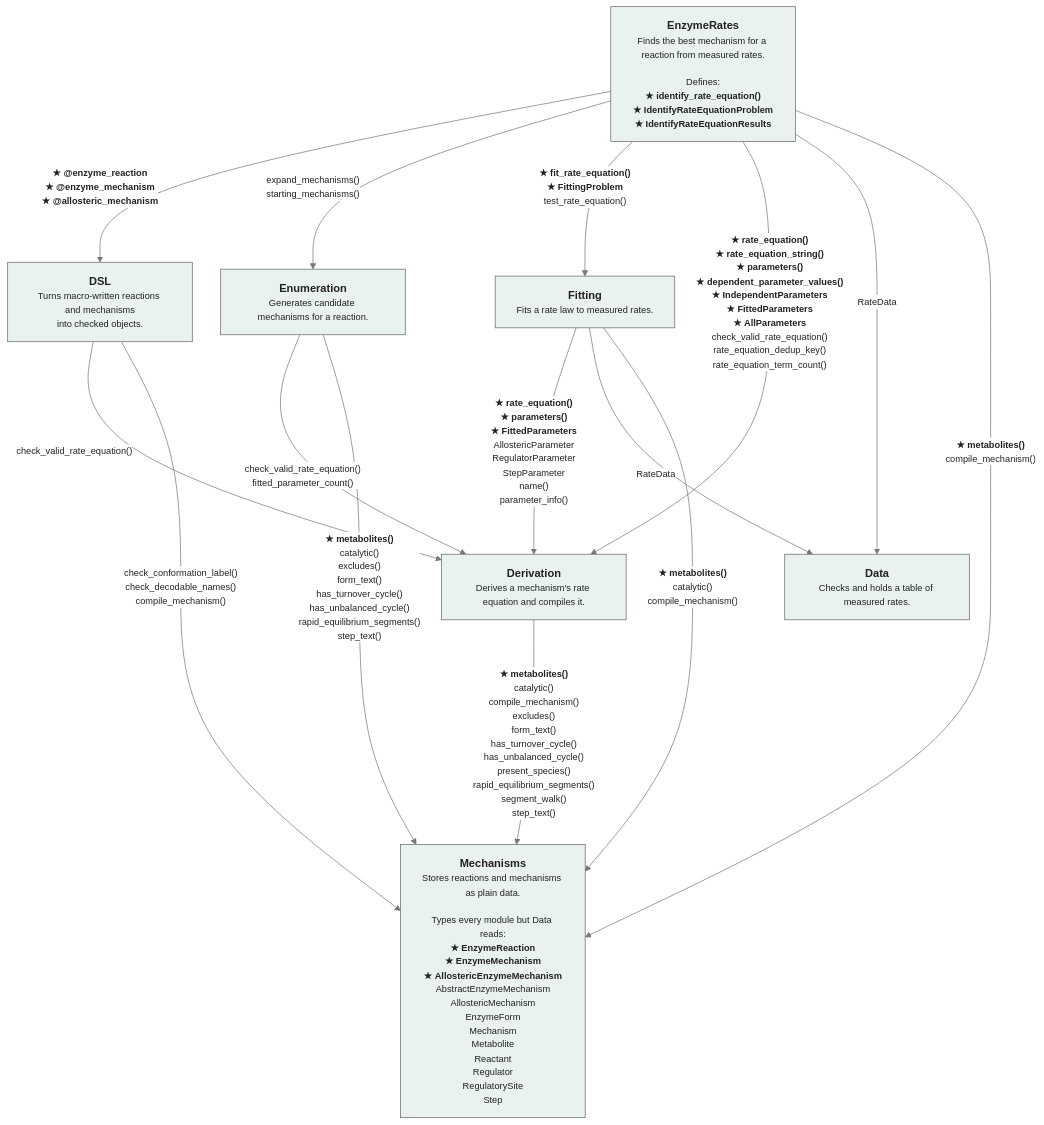
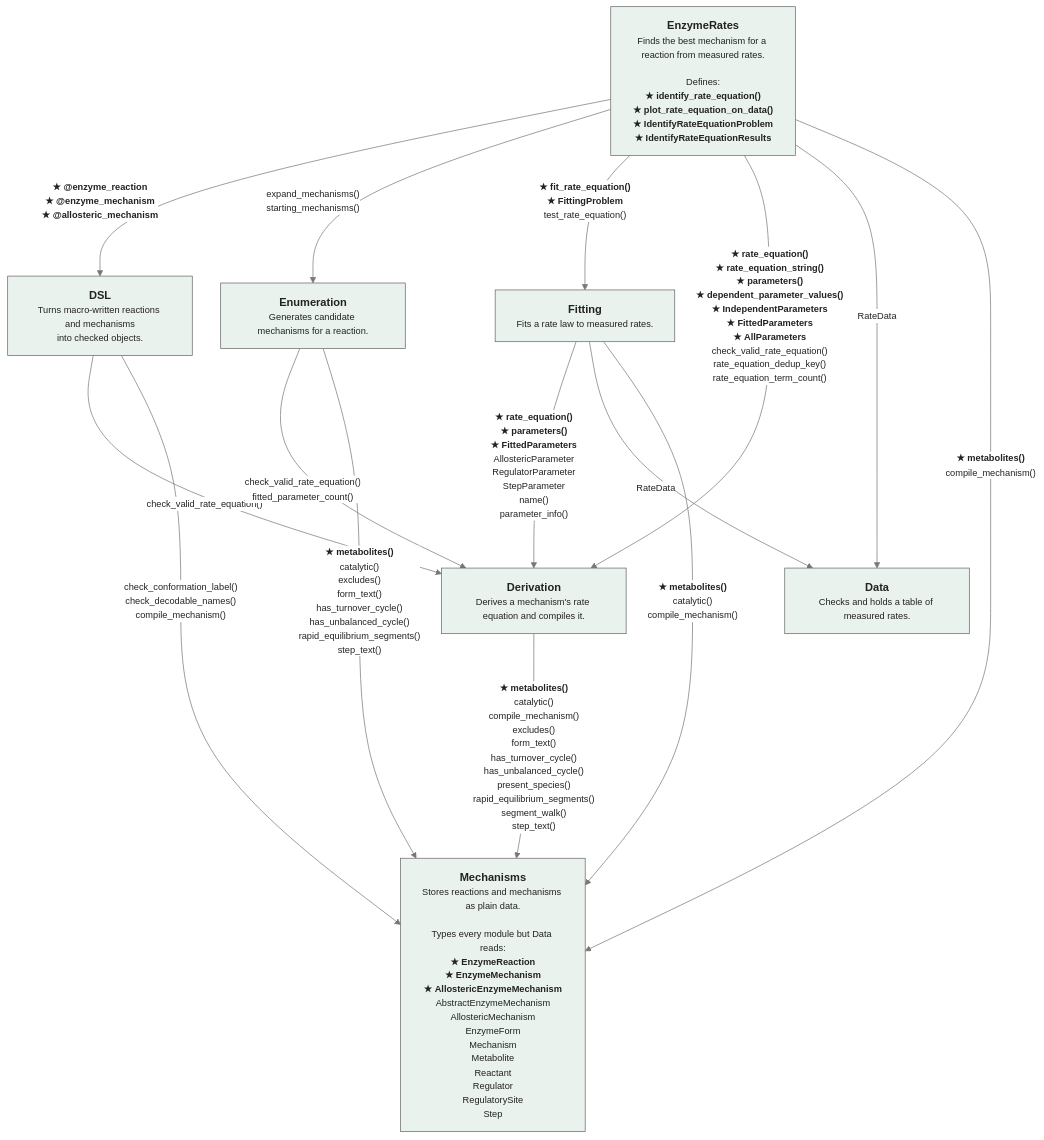
The diagram in docs/src/developer.md (DenisTitovLab/EnzymeRates.jl), drawn with Mermaid before and after one commit. The commit also changed other lines of this file and 10 other files, not shown here.

First line of the commit message:
Add plot_rate_equation_on_data, drawn by a Makie extension

````diff
--- a/docs/src/developer.md
+++ b/docs/src/developer.md
@@ -25,31 +25,31 @@
 ```mermaid
 %%{init: {"theme": "base", "flowchart": {"curve": "basis", "nodeSpacing": 40, "rankSpacing": 70, "htmlLabels": true},
   "themeVariables": {"fontFamily": "Helvetica, Arial, sans-serif", "fontSize": "13px",
   "primaryColor": "#ffffff", "primaryBorderColor": "#666666", "primaryTextColor": "#222222",
   "lineColor": "#777777", "edgeLabelBackground": "#ffffff", "clusterBkg": "#eaf2ee",
   "clusterBorder": "#666666", "titleColor": "#1f4f42"}}}%%
 flowchart TB
-  top["<b><big>EnzymeRates</big></b><br/>Finds the best mechanism for a reaction from measured rates.<br/><br/>Defines:<br/><b>★#nbsp;identify_rate_equation()</b><br/><b>★#nbsp;IdentifyRateEquationProblem</b><br/><b>★#nbsp;IdentifyRateEquationResults</b>"]
+  top["<b><big>EnzymeRates</big></b><br/>Finds the best mechanism for a reaction from measured rates.<br/><br/>Defines:<br/><b>★#nbsp;identify_rate_equation()</b><br/><b>★#nbsp;plot_rate_equation_on_data()</b><br/><b>★#nbsp;IdentifyRateEquationProblem</b><br/><b>★#nbsp;IdentifyRateEquationResults</b>"]
   dsl["<b><big>DSL</big></b><br/>Turns macro-written reactions and mechanisms<br/>into checked objects."]
   enum["<b><big>Enumeration</big></b><br/>Generates candidate mechanisms for a reaction."]
   fit["<b><big>Fitting</big></b><br/>Fits a rate law to measured rates."]
   der["<b><big>Derivation</big></b><br/>Derives a mechanism's rate equation and compiles it."]
   data["<b><big>Data</big></b><br/>Checks and holds a table of measured rates."]
   mech["<b><big>Mechanisms</big></b><br/>Stores reactions and mechanisms as plain data.<br/><br/>Types every module but Data reads:<br/><b>★#nbsp;EnzymeReaction</b><br/><b>★#nbsp;EnzymeMechanism</b><br/><b>★#nbsp;AllostericEnzymeMechanism</b><br/>AbstractEnzymeMechanism<br/>AllostericMechanism<br/>EnzymeForm<br/>Mechanism<br/>Metabolite<br/>Reactant<br/>Regulator<br/>RegulatorySite<br/>Step"]
   top -->|"<b>★#nbsp;@enzyme_reaction</b><br/><b>★#nbsp;@enzyme_mechanism</b><br/><b>★#nbsp;@allosteric_mechanism</b>"| dsl
   top -->|"expand_mechanisms()<br/>starting_mechanisms()"| enum
   top -->|"<b>★#nbsp;fit_rate_equation()</b><br/><b>★#nbsp;FittingProblem</b><br/>test_rate_equation()"| fit
   top -->|"<b>★#nbsp;rate_equation()</b><br/><b>★#nbsp;rate_equation_string()</b><br/><b>★#nbsp;parameters()</b><br/><b>★#nbsp;dependent_parameter_values()</b><br/><b>★#nbsp;IndependentParameters</b><br/><b>★#nbsp;FittedParameters</b><br/><b>★#nbsp;AllParameters</b><br/>check_valid_rate_equation()<br/>rate_equation_dedup_key()<br/>rate_equation_term_count()"| der
   top -->|"RateData"| data
   top -->|"<b>★#nbsp;metabolites()</b><br/>compile_mechanism()"| mech
   dsl -->|"check_valid_rate_equation()"| der
   dsl -->|"check_conformation_label()<br/>check_decodable_names()<br/>compile_mechanism()"| mech
   enum -->|"check_valid_rate_equation()<br/>fitted_parameter_count()"| der
   enum -->|"<b>★#nbsp;metabolites()</b><br/>catalytic()<br/>excludes()<br/>form_text()<br/>has_turnover_cycle()<br/>has_unbalanced_cycle()<br/>rapid_equilibrium_segments()<br/>step_text()"| mech
   fit -->|"<b>★#nbsp;rate_equation()</b><br/><b>★#nbsp;parameters()</b><br/><b>★#nbsp;FittedParameters</b><br/>AllostericParameter<br/>RegulatorParameter<br/>StepParameter<br/>name()<br/>parameter_info()"| der
   fit -->|"RateData"| data
   fit -->|"<b>★#nbsp;metabolites()</b><br/>catalytic()<br/>compile_mechanism()"| mech
   der -->|"<b>★#nbsp;metabolites()</b><br/>catalytic()<br/>compile_mechanism()<br/>excludes()<br/>form_text()<br/>has_turnover_cycle()<br/>has_unbalanced_cycle()<br/>present_species()<br/>rapid_equilibrium_segments()<br/>segment_walk()<br/>step_text()"| mech
   classDef mod fill:#eaf2ee,stroke:#666666,color:#222222;
   class top,dsl,enum,fit,der,data,mech mod;
 ```
````
